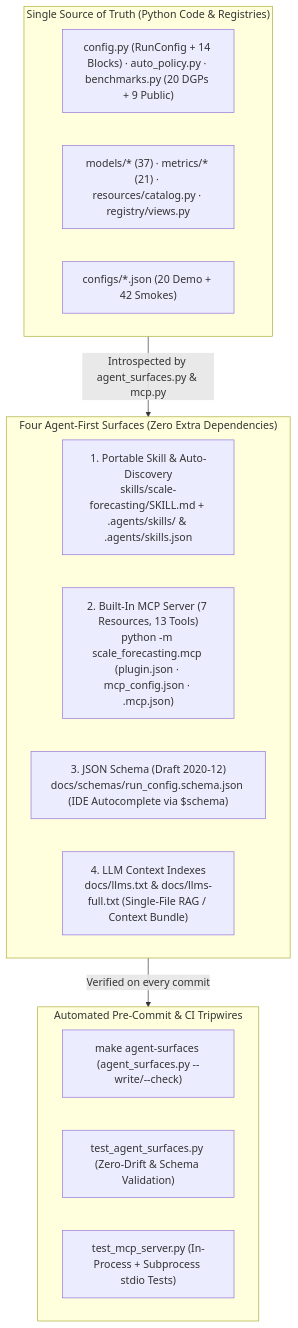
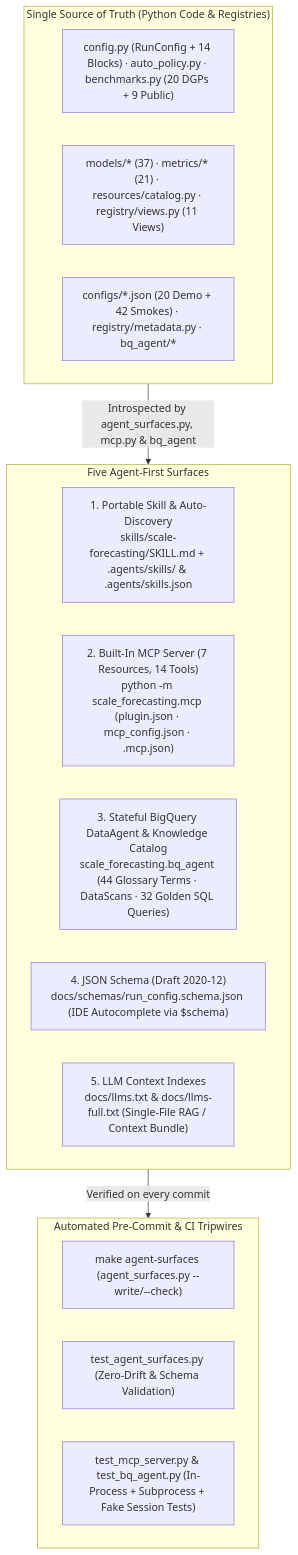
The diagram in docs/agent_and_mcp_guide.md (statmike/scale-forecasting), drawn with Mermaid before and after one commit. The commit also changed other lines of this file and 92 other files, not shown here.

````diff
--- a/docs/agent_and_mcp_guide.md
+++ b/docs/agent_and_mcp_guide.md
@@ -5,24 +5,25 @@
 ```mermaid
 flowchart TD
     subgraph Truth["Single Source of Truth (Python Code & Registries)"]
         T1["config.py (RunConfig + 14 Blocks) · auto_policy.py · benchmarks.py (20 DGPs + 9 Public)"]
-        T2["models/* (37) · metrics/* (21) · resources/catalog.py · registry/views.py"]
-        T3["configs/*.json (20 Demo + 42 Smokes)"]
+        T2["models/* (37) · metrics/* (21) · resources/catalog.py · registry/views.py (11 Views)"]
+        T3["configs/*.json (20 Demo + 42 Smokes) · registry/metadata.py · bq_agent/*"]
     end
 
-    subgraph Surfaces["Four Agent-First Surfaces (Zero Extra Dependencies)"]
+    subgraph Surfaces["Five Agent-First Surfaces"]
         S1["1. Portable Skill & Auto-Discovery<br/>skills/scale-forecasting/SKILL.md + .agents/skills/ & .agents/skills.json"]
-        S2["2. Built-In MCP Server (7 Resources, 13 Tools)<br/>python -m scale_forecasting.mcp (plugin.json · mcp_config.json · .mcp.json)"]
-        S3["3. JSON Schema (Draft 2020-12)<br/>docs/schemas/run_config.schema.json (IDE Autocomplete via $schema)"]
-        S4["4. LLM Context Indexes<br/>docs/llms.txt & docs/llms-full.txt (Single-File RAG / Context Bundle)"]
+        S2["2. Built-In MCP Server (7 Resources, 14 Tools)<br/>python -m scale_forecasting.mcp (plugin.json · mcp_config.json · .mcp.json)"]
+        S3["3. Stateful BigQuery DataAgent & Knowledge Catalog<br/>scale_forecasting.bq_agent (44 Glossary Terms · DataScans · 32 Golden SQL Queries)"]
+        S4["4. JSON Schema (Draft 2020-12)<br/>docs/schemas/run_config.schema.json (IDE Autocomplete via $schema)"]
+        S5["5. LLM Context Indexes<br/>docs/llms.txt & docs/llms-full.txt (Single-File RAG / Context Bundle)"]
     end
 
     subgraph Guard["Automated Pre-Commit & CI Tripwires"]
         G1["make agent-surfaces (agent_surfaces.py --write/--check)"]
         G2["test_agent_surfaces.py (Zero-Drift & Schema Validation)"]
-        G3["test_mcp_server.py (In-Process + Subprocess stdio Tests)"]
+        G3["test_mcp_server.py & test_bq_agent.py (In-Process + Subprocess + Fake Session Tests)"]
     end
 
-    Truth -->|"Introspected by agent_surfaces.py & mcp.py"| Surfaces
+    Truth -->|"Introspected by agent_surfaces.py, mcp.py & bq_agent"| Surfaces
     Surfaces -->|"Verified on every commit"| Guard
 ```
````
